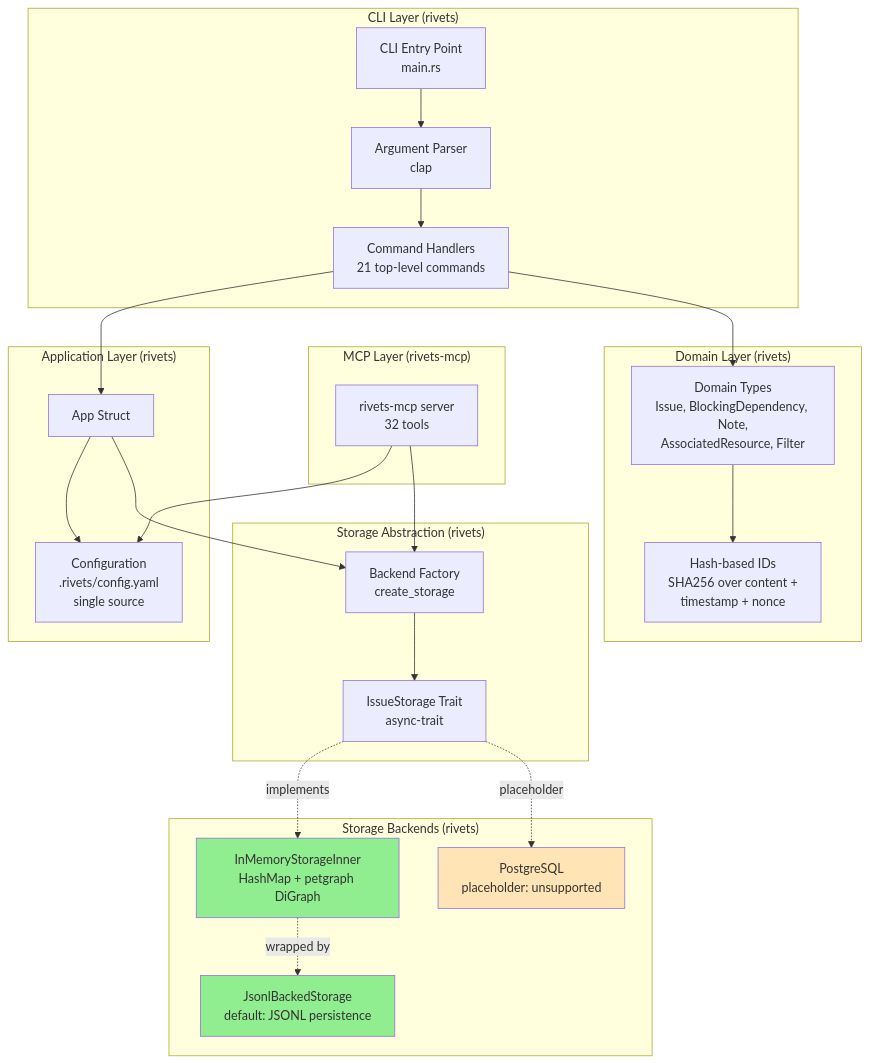
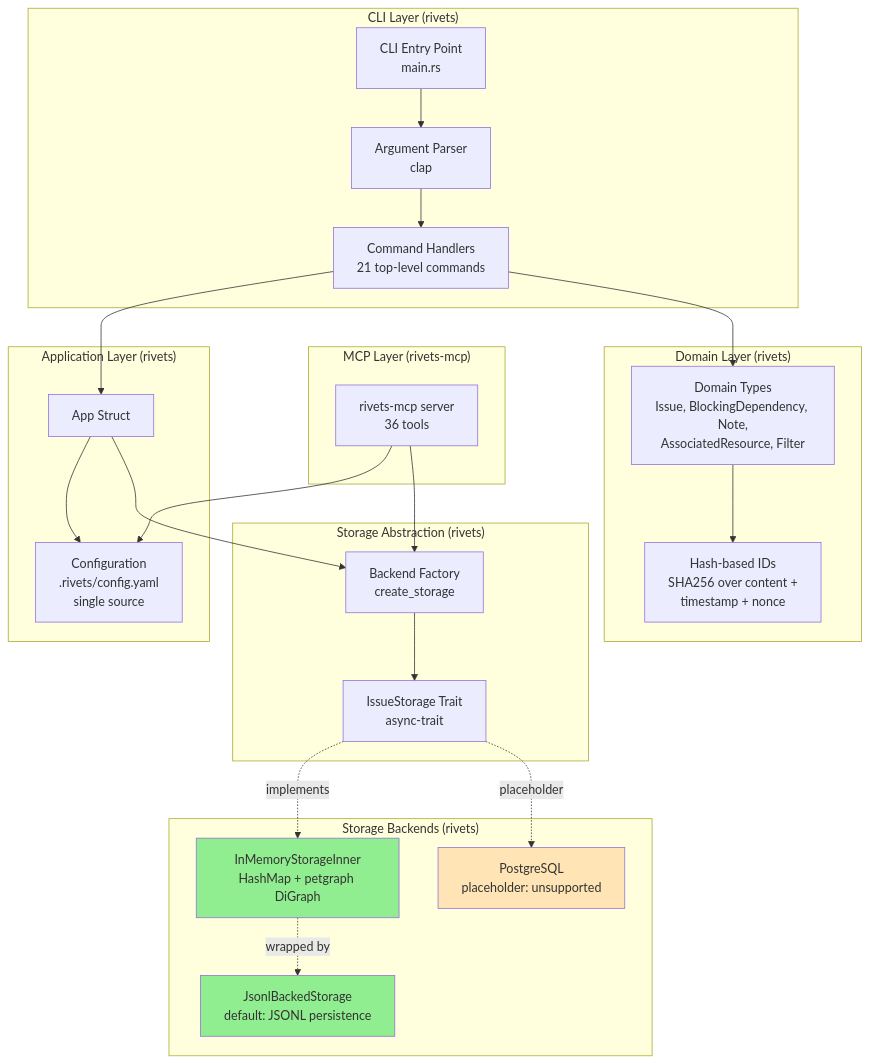
Before and after one commit to dwalleck/rivets: the first of 6 diagrams in docs/architecture.md, drawn with Mermaid. The commit also changed other lines of this file and 13 other files, not shown here.

First line of the commit message:
feat(mcp): expose guarded Parentage tools

````diff
--- a/docs/architecture.md
+++ b/docs/architecture.md
@@ -25,50 +25,50 @@
 ```mermaid
 graph TB
     subgraph "CLI Layer (rivets)"
         CLI[CLI Entry Point<br/>main.rs]
         Args[Argument Parser<br/>clap]
         Commands[Command Handlers<br/>21 top-level commands]
     end
 
     subgraph "MCP Layer (rivets-mcp)"
-        Mcp[rivets-mcp server<br/>32 tools]
+        Mcp[rivets-mcp server<br/>36 tools]
     end
 
     subgraph "Application Layer (rivets)"
         App[App Struct]
         Config[Configuration<br/>.rivets/config.yaml<br/>single source]
     end
 
     subgraph "Storage Abstraction (rivets)"
         Trait[IssueStorage Trait<br/>async-trait]
         Factory[Backend Factory<br/>create_storage]
     end
 
     subgraph "Domain Layer (rivets)"
         Types[Domain Types<br/>Issue, BlockingDependency, Note,<br/>AssociatedResource, Filter]
         IDs[Hash-based IDs<br/>SHA256 over content +<br/>timestamp + nonce]
     end
 
     subgraph "Storage Backends (rivets)"
         Memory[InMemoryStorageInner<br/>HashMap + petgraph DiGraph]
         Jsonl[JsonlBackedStorage<br/>default: JSONL persistence]
         Postgres[PostgreSQL<br/>placeholder: unsupported]
     end
 
     CLI --> Args --> Commands
     Commands --> App
     App --> Config
     App --> Factory
     Mcp --> Config
     Mcp --> Factory
     Factory --> Trait
     Trait -.implements.-> Memory
     Memory -.wrapped by.-> Jsonl
     Trait -.placeholder.-> Postgres
     Commands --> Types
     Types --> IDs
 
     style Jsonl fill:#90EE90
     style Memory fill:#90EE90
     style Postgres fill:#FFE4B5
 ```
````
